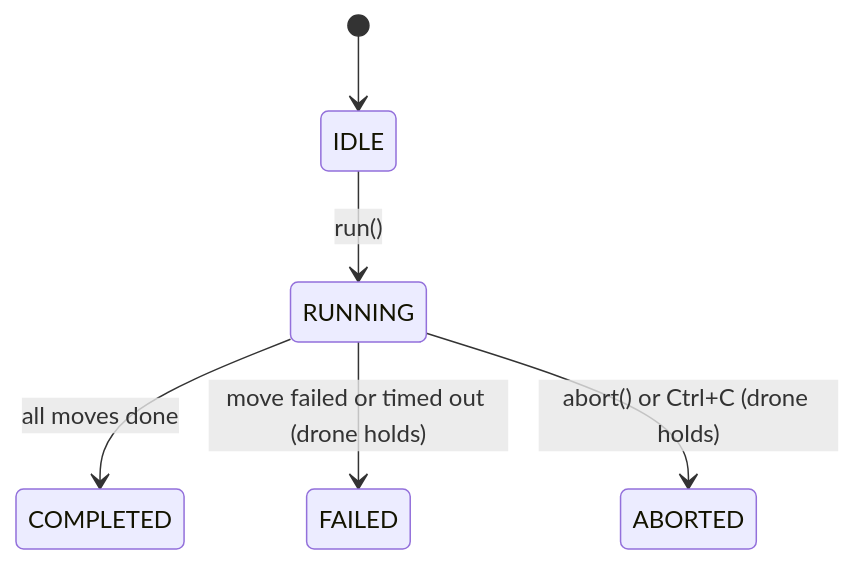
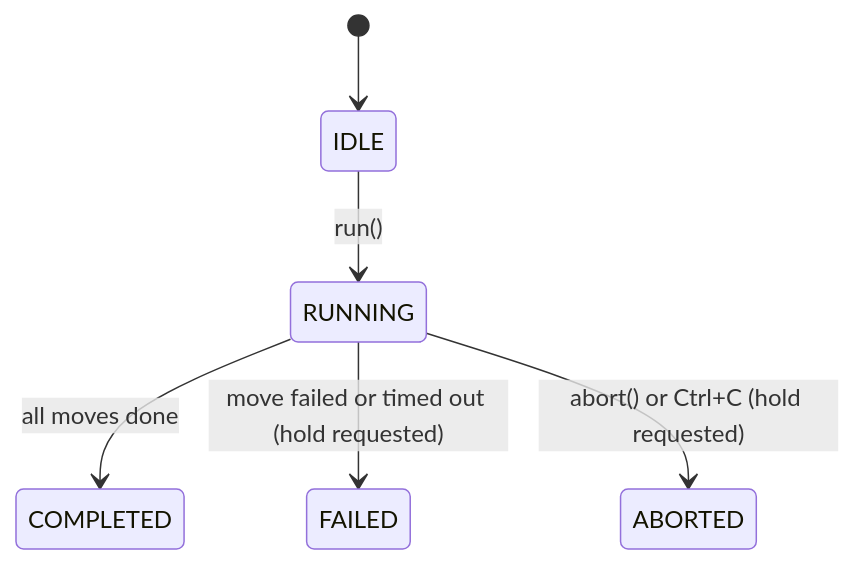
Before and after one commit to mcgill-robotics/drone-SW-26-27: the second of 2 diagrams in docs/movement_architecture.md, drawn with Mermaid. The commit also changed other lines of this file and 6 other files, not shown here.

````diff
--- a/docs/movement_architecture.md
+++ b/docs/movement_architecture.md
@@ -85,8 +332,8 @@
 ```mermaid
 stateDiagram-v2
   [*] --> IDLE
   IDLE --> RUNNING: run()
   RUNNING --> COMPLETED: all moves done
-  RUNNING --> FAILED: move failed or timed out (drone holds)
-  RUNNING --> ABORTED: abort() or Ctrl+C (drone holds)
+  RUNNING --> FAILED: move failed or timed out (hold requested)
+  RUNNING --> ABORTED: abort() or Ctrl+C (hold requested)
 ```
````
